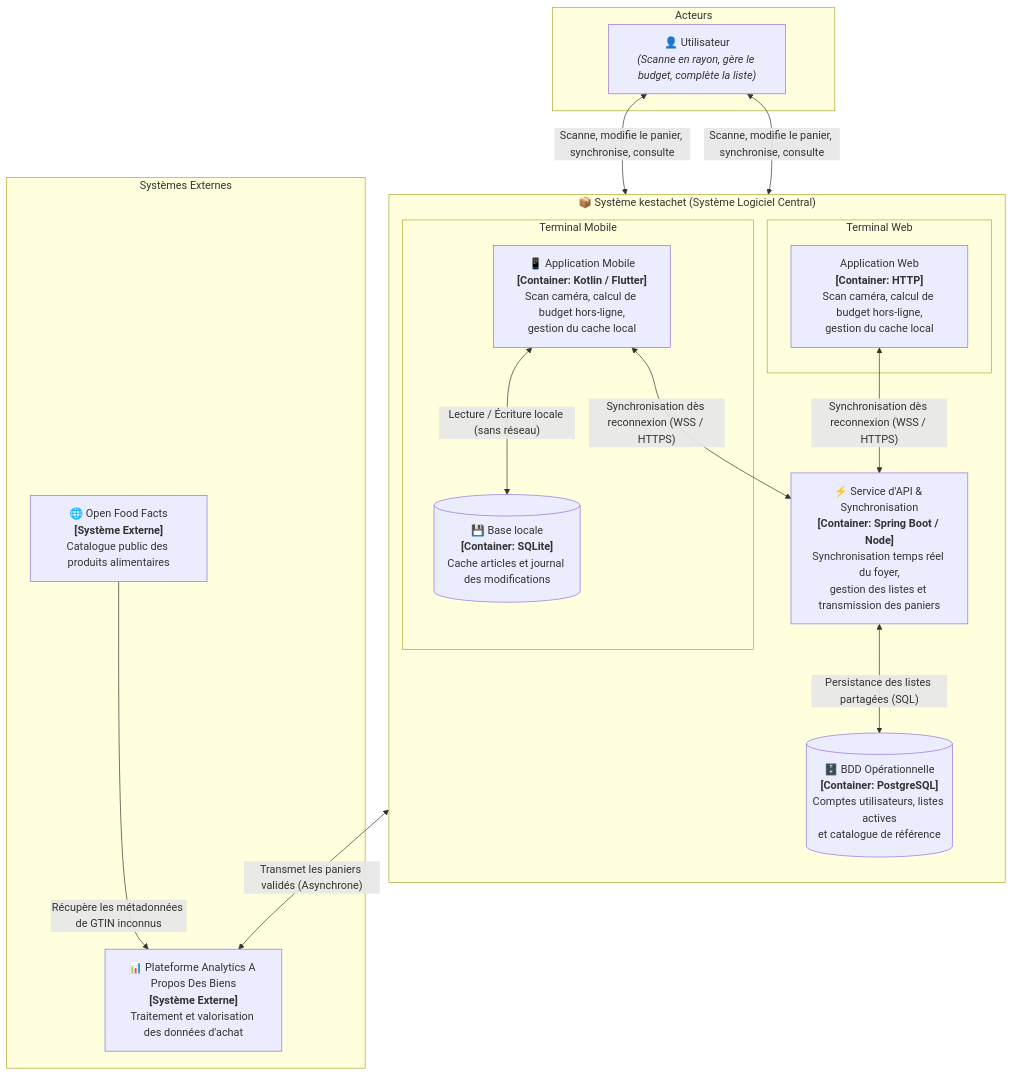
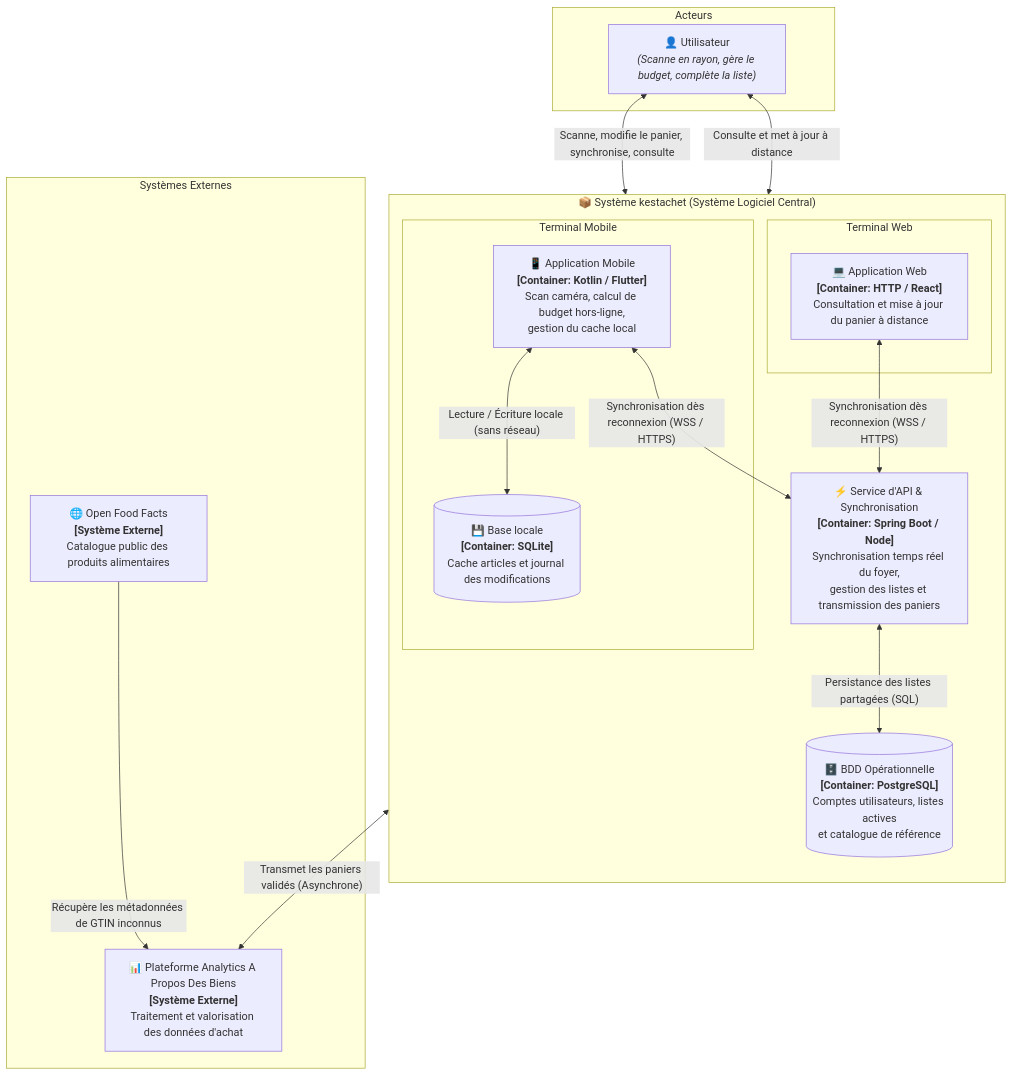
Before and after one commit to Edsaje/kestachet: the third of 6 diagrams in docs/architecture.md, drawn with Mermaid. The commit also changed other lines of this file and 6 other files, not shown here.

Commit message:
docs: ajout des schémas C1-C4, du guide étudiant et mise à jour de l'architecture

````diff
--- a/docs/architecture.md
+++ b/docs/architecture.md
@@ -276,41 +190,41 @@
 ```mermaid
 flowchart TB
     subgraph USERS ["Acteurs"]
         U["👤 Utilisateur<br><i>(Scanne en rayon, gère le budget, complète la liste)</i>"]
     end
 
     subgraph K ["📦 Système kestachet (Système Logiciel Central)"]
         direction TB
         subgraph MOBILE ["Terminal Mobile"]
             APP["📱 Application Mobile<br><b>[Container: Kotlin / Flutter]</b><br>Scan caméra, calcul de budget hors-ligne,<br>gestion du cache local"]
             LOCAL_DB[("💾 Base locale<br><b>[Container: SQLite]</b><br>Cache articles et journal des modifications")]
         end
         subgraph WEB ["Terminal Web"]
-            AP[" Application Web<br><b>[Container: HTTP]</b><br>Scan caméra, calcul de budget hors-ligne,<br>gestion du cache local"]
+            AP["💻 Application Web<br><b>[Container: HTTP / React]</b><br>Consultation et mise à jour du panier à distance"]
         end
 
         API["⚡ Service d'API & Synchronisation<br><b>[Container: Spring Boot / Node]</b><br>Synchronisation temps réel du foyer,<br>gestion des listes et transmission des paniers"]
 
         PROD_DB[("🗄️ BDD Opérationnelle<br><b>[Container: PostgreSQL]</b><br>Comptes utilisateurs, listes actives<br>et catalogue de référence")]
     end
 
     subgraph EXTERNALS ["Systèmes Externes"]
         DATA["📊 Plateforme Analytics A Propos Des Biens<br><b>[Système Externe]</b><br>Traitement et valorisation des données d'achat"]
         OFF["🌐 Open Food Facts<br><b>[Système Externe]</b><br>Catalogue public des produits alimentaires"]
     end
 
     %% Relations Utilisateur <--> Kestachet
     U <-->|"Scanne, modifie le panier, synchronise, consulte"| APP
     APP <-->|"Lecture / Écriture locale (sans réseau)"| LOCAL_DB
 
-    U <-->|"Scanne, modifie le panier, synchronise, consulte"| AP
+    U <-->|"Consulte et met à jour à distance"| AP
     AP <-->|"Synchronisation dès reconnexion (WSS / HTTPS)"| API
 
     %% Relations internes Kestachet
     APP <-->|"Synchronisation dès reconnexion (WSS / HTTPS)"| API
     API <-->|"Persistance des listes partagées (SQL)"| PROD_DB
 
-    %% Relations Kestachet <--> Externes (strictement identiques à ton C1)
+    %% Relations Kestachet <--> Externes
     API <-->|"Transmet les paniers validés (Asynchrone)"| DATA
     OFF -->|"Récupère les métadonnées de GTIN inconnus"| DATA
 ```
````
